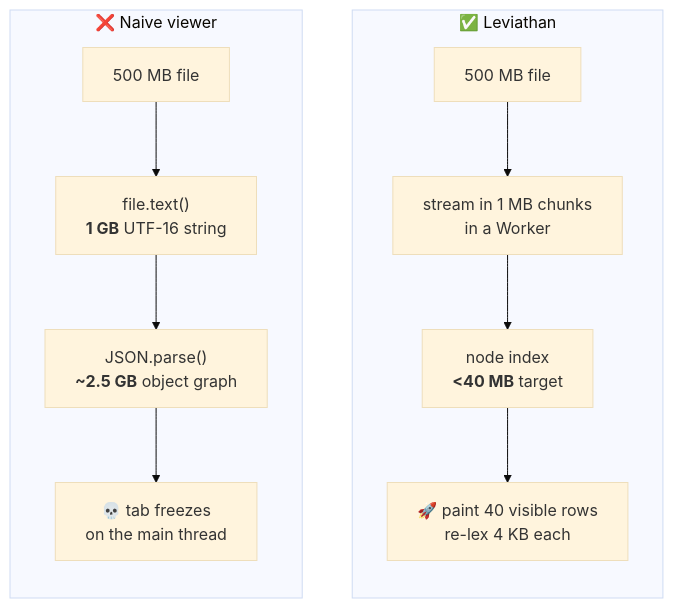
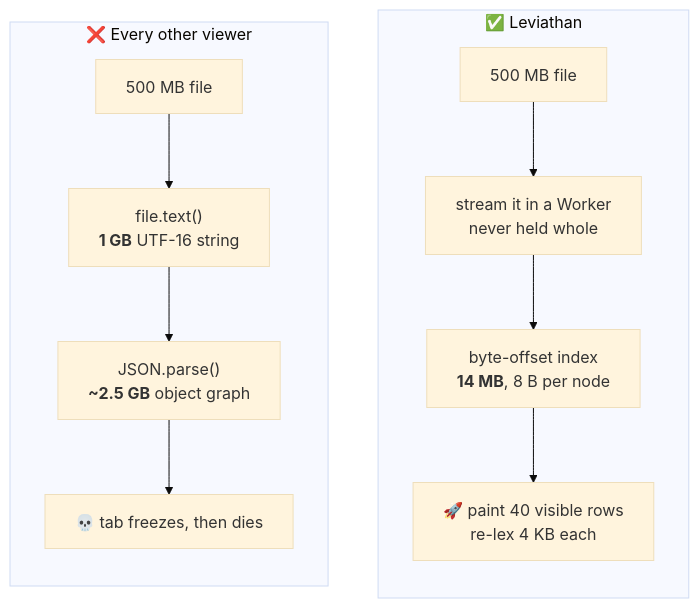
Before and after one commit to shadkhan/Leviathan: the first of 3 diagrams in README.md, drawn with Mermaid (base theme). The commit also changed other lines of this file and 3 other files, not shown here.

````diff
--- a/README.md
+++ b/README.md
@@ -53,18 +38,18 @@
 ```mermaid
 flowchart LR
-    subgraph N["❌ Naive viewer"]
+    subgraph N["❌ Every other viewer"]
         direction TB
         F1["500 MB file"] --> T1["file.text()<br/><b>1 GB</b> UTF-16 string"]
         T1 --> P1["JSON.parse()<br/><b>~2.5 GB</b> object graph"]
-        P1 --> X1["💀 tab freezes<br/>on the main thread"]
+        P1 --> X1["💀 tab freezes, then dies"]
     end
 
     subgraph L["✅ Leviathan"]
         direction TB
-        F2["500 MB file"] --> S2["stream in 1 MB chunks<br/>in a Worker"]
-        S2 --> I2["node index<br/><b>&lt;40 MB</b> target"]
+        F2["500 MB file"] --> S2["stream it in a Worker<br/>never held whole"]
+        S2 --> I2["byte-offset index<br/><b>14 MB</b>, 8 B per node"]
         I2 --> R2["🚀 paint 40 visible rows<br/>re-lex 4 KB each"]
     end
 
     N ~~~ L
 ```
````
